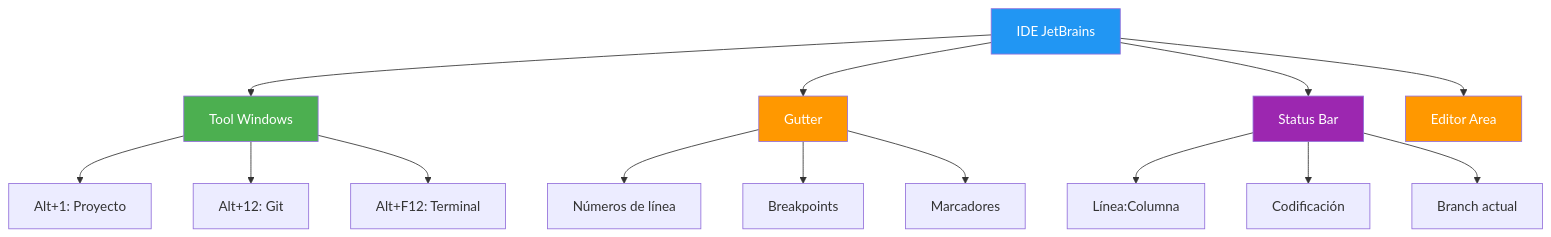
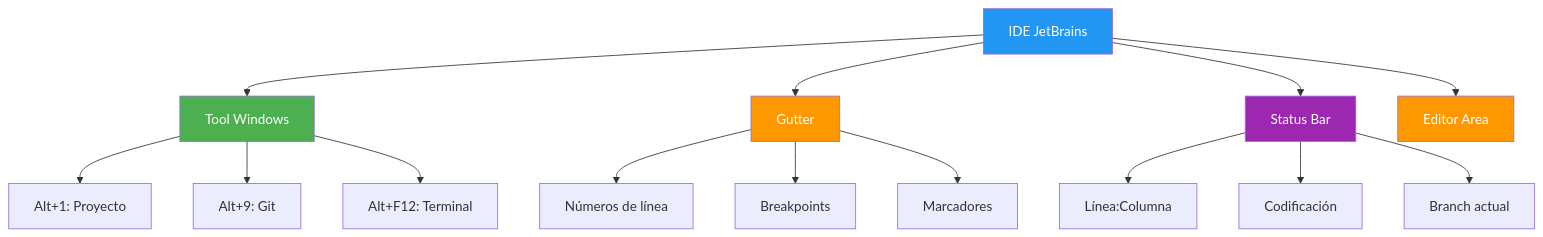
One commit to joseluisgs/EntornosDesarrollo-02-2026-2027 changed the first of 3 diagrams in 03-anatomia-ides.md. Above: the diagram before and after it, drawn with Mermaid. The commit also changed other lines of this file and 1 other file, not shown here.

````diff
--- a/03-anatomia-ides.md
+++ b/03-anatomia-ides.md
@@ -39,25 +39,25 @@
 ```mermaid
 graph TD
     A[IDE JetBrains] --> B[Tool Windows]
     A --> C[Gutter]
     A --> D[Status Bar]
     A --> E[Editor Area]
 
     B --> B1[Alt+1: Proyecto]
-    B --> B2[Alt+12: Git]
+    B --> B2[Alt+9: Git]
     B --> B3[Alt+F12: Terminal]
 
     C --> C1[Números de línea]
     C --> C2[Breakpoints]
     C --> C3[Marcadores]
 
     D --> D1[Línea:Columna]
     D --> D2[Codificación]
     D --> D3[Branch actual]
 
     style A fill:#2196F3,color:#fff
     style B fill:#4CAF50,color:#fff
     style C fill:#FF9800,color:#fff
     style D fill:#9C27B0,color:#fff
     style E fill:#FF9800,color:#fff
 ```
````
